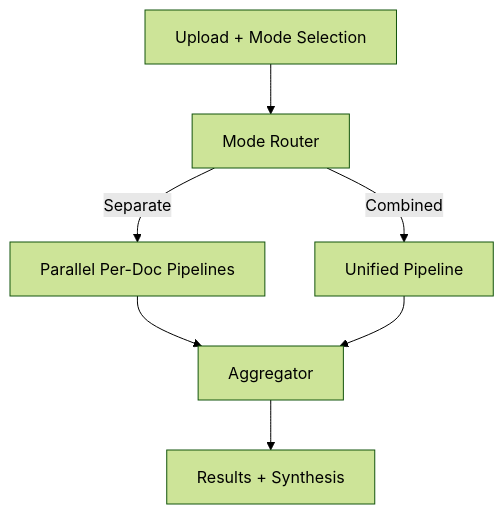
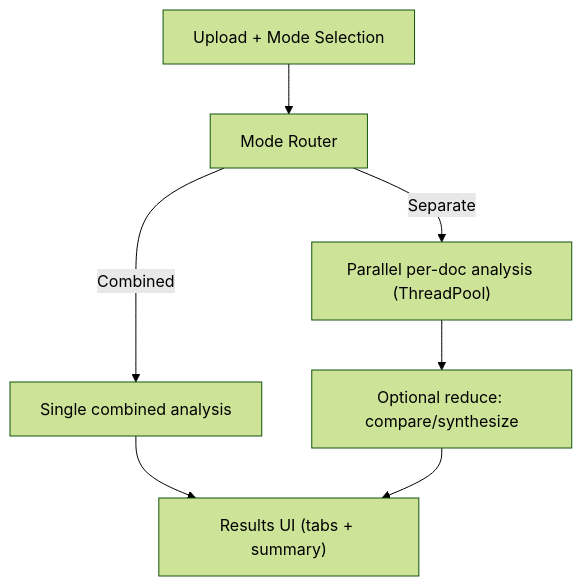
Before and after one commit to BjornMelin/docmind-ai-llm: the diagram in docs/developers/adrs/ADR-023-analysis-mode-strategy.md, drawn with Mermaid (forest theme). The commit also changed other lines of this file and 27 other files, not shown here.

````diff
--- a/docs/developers/adrs/ADR-023-analysis-mode-strategy.md
+++ b/docs/developers/adrs/ADR-023-analysis-mode-strategy.md
@@ -52,9 +69,9 @@
 ```mermaid
 graph TD
   U["Upload + Mode Selection"] --> R["Mode Router"]
-  R -->|Separate| P["Parallel Per-Doc Pipelines"]
-  R -->|Combined| C["Unified Pipeline"]
-  P --> A["Aggregator"]
-  C --> A
-  A --> V["Results + Synthesis"]
+  R -->|Separate| P["Parallel per-doc analysis (ThreadPool)"]
+  R -->|Combined| C["Single combined analysis"]
+  P --> A["Optional reduce: compare/synthesize"]
+  C --> V["Combined result"]
+  A --> V["Results UI (tabs + summary)"]
 ```
````
